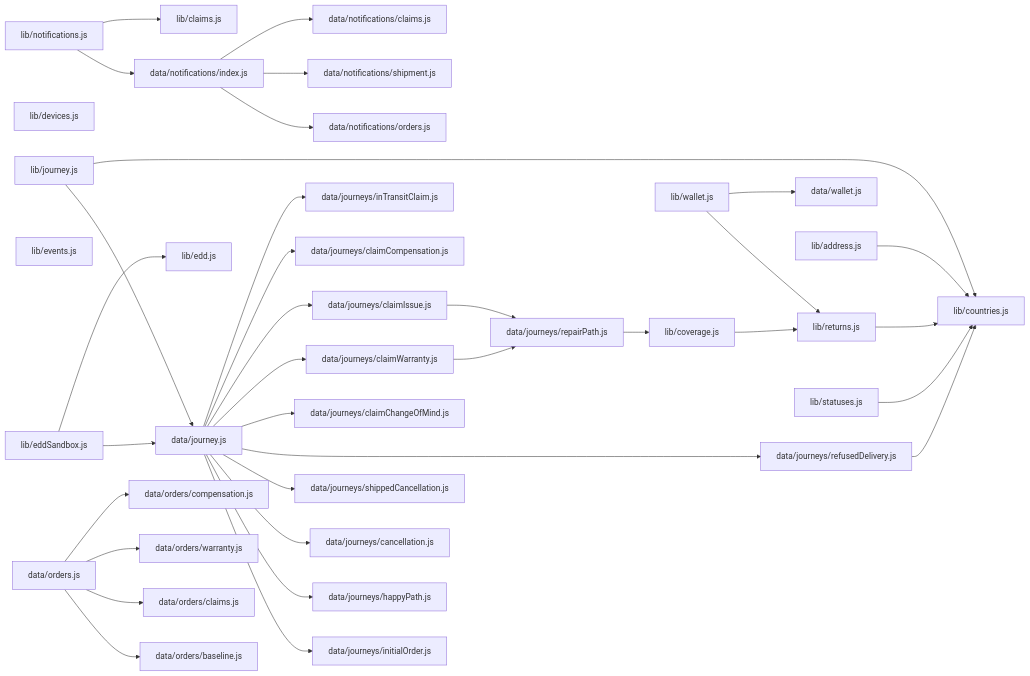
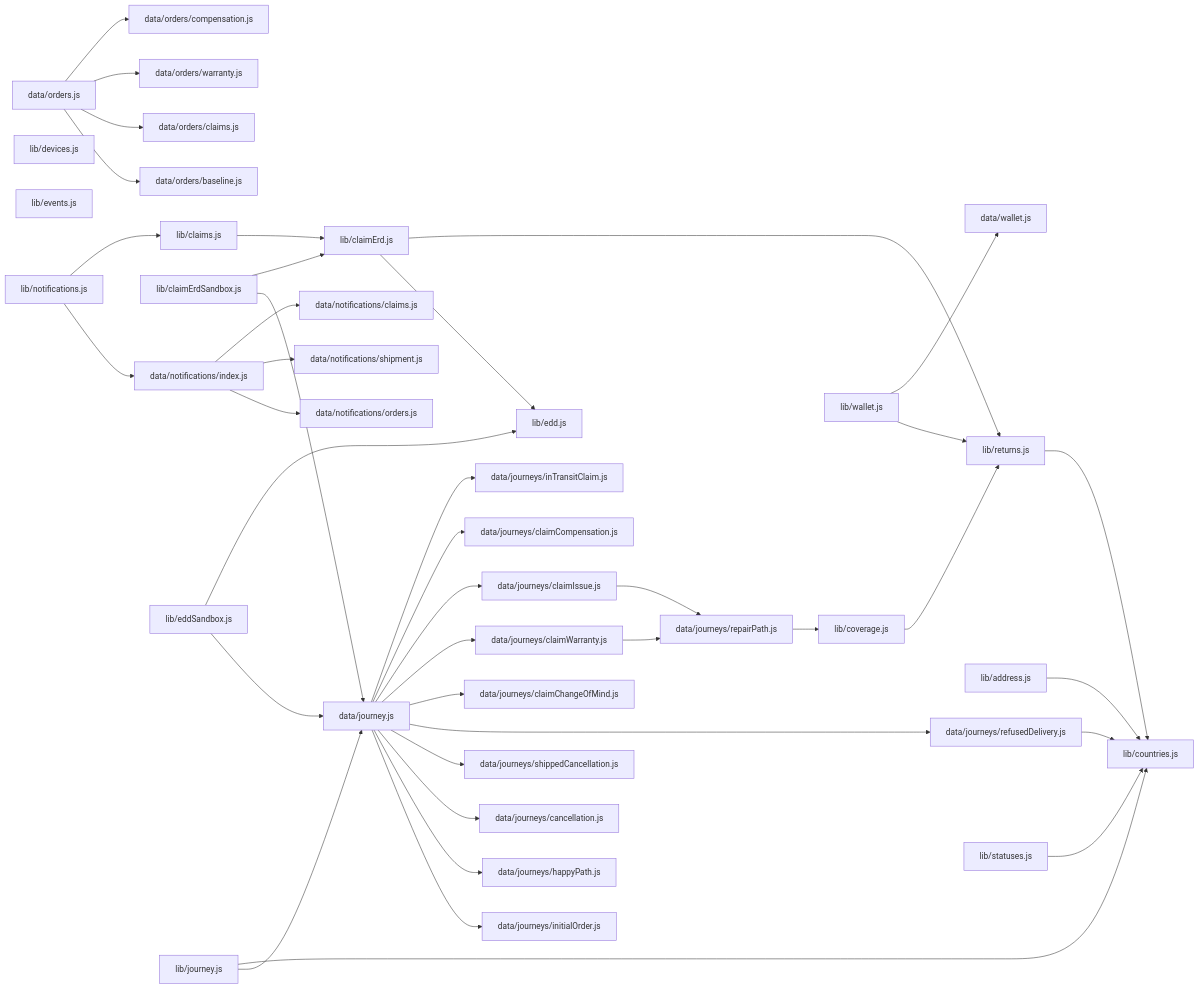
The diagram in docs/code_map.md (andrea-revibe/my-account-redesign-v2), drawn with Mermaid before and after one commit. The commit also changed other lines of this file and 28 other files, not shown here.

````diff
--- a/docs/code_map.md
+++ b/docs/code_map.md
@@ -255,71 +263,78 @@
 ```mermaid
 graph LR
   data_journey_js["data/journey.js"]
   data_journeys_cancellation_js["data/journeys/cancellation.js"]
   data_journeys_claimChangeOfMind_js["data/journeys/claimChangeOfMind.js"]
   data_journeys_claimCompensation_js["data/journeys/claimCompensation.js"]
   data_journeys_claimIssue_js["data/journeys/claimIssue.js"]
   data_journeys_claimWarranty_js["data/journeys/claimWarranty.js"]
   data_journeys_happyPath_js["data/journeys/happyPath.js"]
   data_journeys_inTransitClaim_js["data/journeys/inTransitClaim.js"]
   data_journeys_initialOrder_js["data/journeys/initialOrder.js"]
   data_journeys_refusedDelivery_js["data/journeys/refusedDelivery.js"]
   data_journeys_repairPath_js["data/journeys/repairPath.js"]
   data_journeys_shippedCancellation_js["data/journeys/shippedCancellation.js"]
   data_notifications_claims_js["data/notifications/claims.js"]
   data_notifications_index_js["data/notifications/index.js"]
   data_notifications_orders_js["data/notifications/orders.js"]
   data_notifications_shipment_js["data/notifications/shipment.js"]
   data_orders_js["data/orders.js"]
   data_orders_baseline_js["data/orders/baseline.js"]
   data_orders_claims_js["data/orders/claims.js"]
   data_orders_compensation_js["data/orders/compensation.js"]
   data_orders_warranty_js["data/orders/warranty.js"]
   data_wallet_js["data/wallet.js"]
   lib_address_js["lib/address.js"]
+  lib_claimErd_js["lib/claimErd.js"]
+  lib_claimErdSandbox_js["lib/claimErdSandbox.js"]
   lib_claims_js["lib/claims.js"]
   lib_countries_js["lib/countries.js"]
   lib_coverage_js["lib/coverage.js"]
   lib_devices_js["lib/devices.js"]
   lib_edd_js["lib/edd.js"]
   lib_eddSandbox_js["lib/eddSandbox.js"]
   lib_events_js["lib/events.js"]
   lib_journey_js["lib/journey.js"]
   lib_notifications_js["lib/notifications.js"]
   lib_returns_js["lib/returns.js"]
   lib_statuses_js["lib/statuses.js"]
   lib_wallet_js["lib/wallet.js"]
   data_journey_js --> data_journeys_initialOrder_js
   data_journey_js --> data_journeys_happyPath_js
   data_journey_js --> data_journeys_cancellation_js
   data_journey_js --> data_journeys_shippedCancellation_js
   data_journey_js --> data_journeys_refusedDelivery_js
   data_journey_js --> data_journeys_claimChangeOfMind_js
   data_journey_js --> data_journeys_claimWarranty_js
   data_journey_js --> data_journeys_claimIssue_js
   data_journey_js --> data_journeys_claimCompensation_js
   data_journey_js --> data_journeys_inTransitClaim_js
   data_journeys_claimIssue_js --> data_journeys_repairPath_js
   data_journeys_claimWarranty_js --> data_journeys_repairPath_js
   data_journeys_refusedDelivery_js --> lib_countries_js
   data_journeys_repairPath_js --> lib_coverage_js
   data_notifications_index_js --> data_notifications_orders_js
   data_notifications_index_js --> data_notifications_shipment_js
   data_notifications_index_js --> data_notifications_claims_js
   data_orders_js --> data_orders_baseline_js
   data_orders_js --> data_orders_claims_js
   data_orders_js --> data_orders_warranty_js
   data_orders_js --> data_orders_compensation_js
   lib_address_js --> lib_countries_js
+  lib_claimErd_js --> lib_edd_js
+  lib_claimErd_js --> lib_returns_js
+  lib_claimErdSandbox_js --> data_journey_js
+  lib_claimErdSandbox_js --> lib_claimErd_js
+  lib_claims_js --> lib_claimErd_js
   lib_coverage_js --> lib_returns_js
   lib_eddSandbox_js --> data_journey_js
   lib_eddSandbox_js --> lib_edd_js
   lib_journey_js --> data_journey_js
   lib_journey_js --> lib_countries_js
   lib_notifications_js --> data_notifications_index_js
   lib_notifications_js --> lib_claims_js
   lib_returns_js --> lib_countries_js
   lib_statuses_js --> lib_countries_js
   lib_wallet_js --> lib_returns_js
   lib_wallet_js --> data_wallet_js
 ```
````
